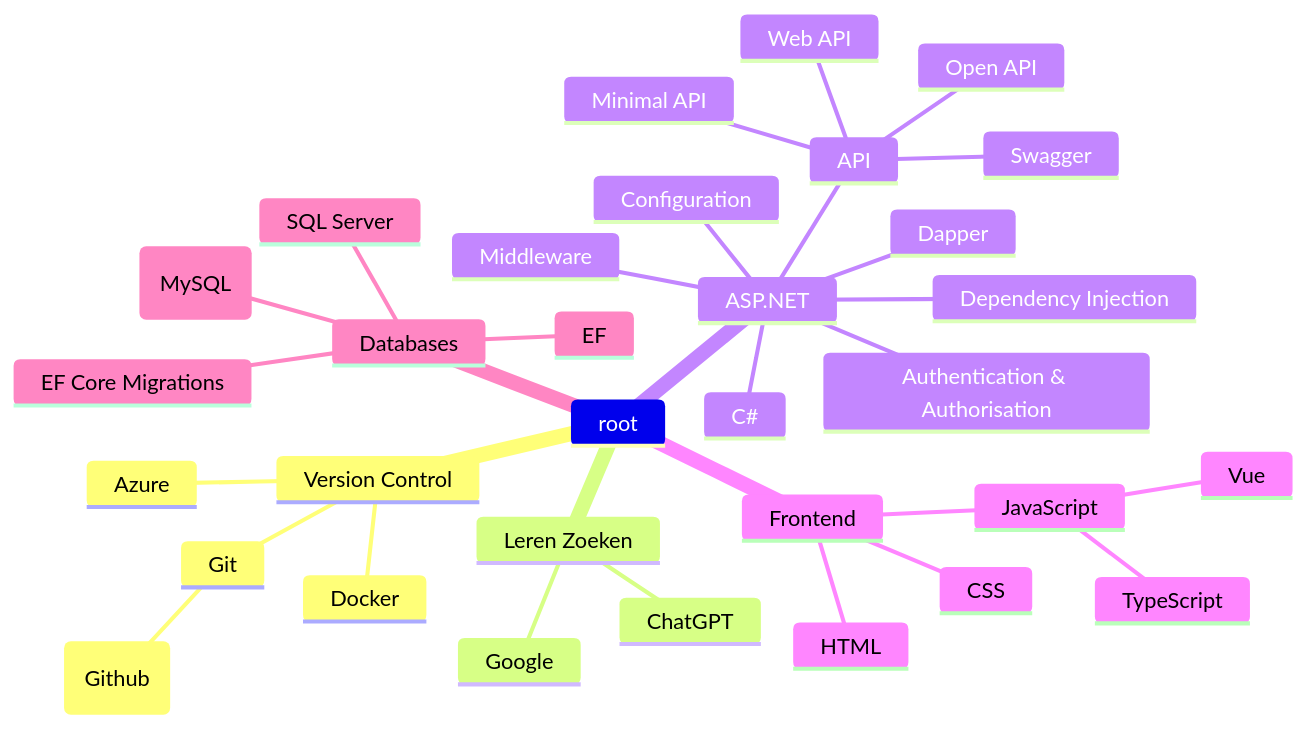
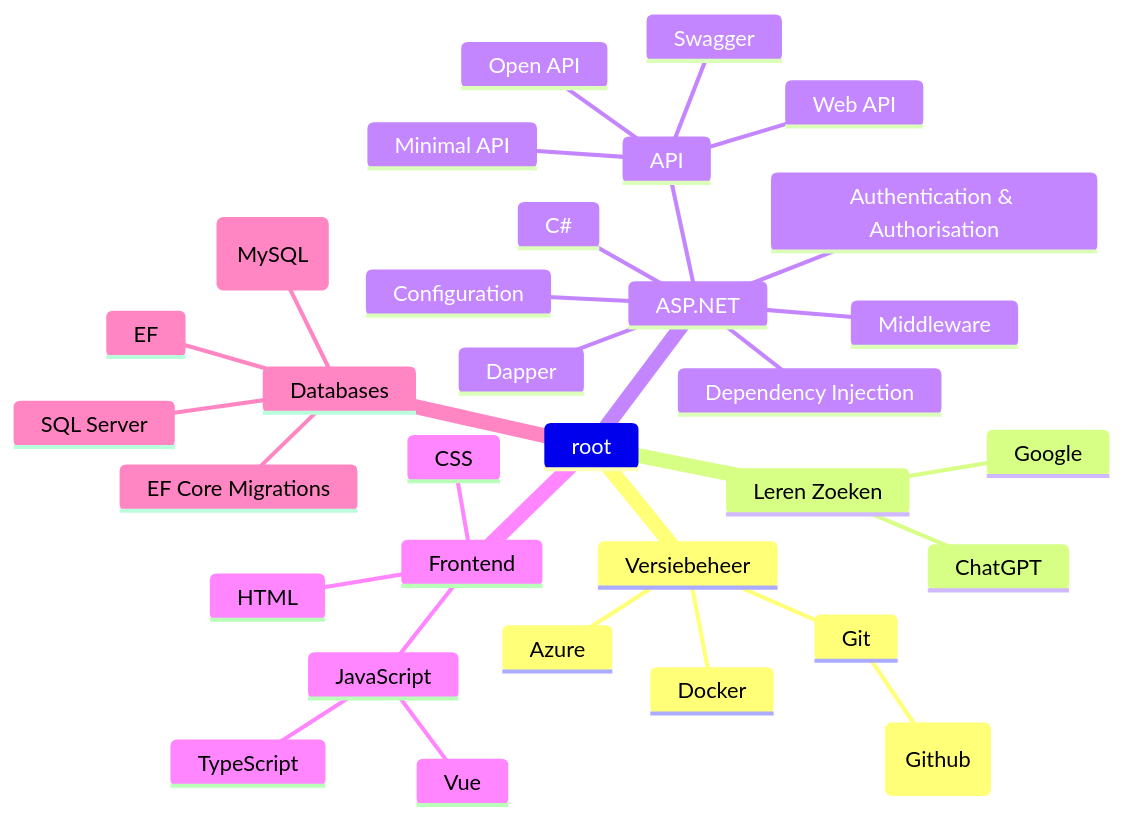
Before and after one commit to Jolntie/POP: the second of 2 diagrams in README.md, drawn with Mermaid. The commit also changed other lines of this file, not shown here.

````diff
--- a/README.md
+++ b/README.md
@@ -11,35 +11,35 @@
 ```mermaid
 mindmap
         root
-                Version Control
+                Versiebeheer
                         Git
                                 (Github)
                         Docker
                         Azure
                 Leren Zoeken
                         ChatGPT
                         Google
                 ASP.NET
                         C#
                         Dapper
                         Middleware
                         Dependency Injection
                         Configuration
                         Authentication & Authorisation
                         API
                                 Web API
                                 Minimal API
                                 Open API
                                 Swagger
                 Frontend
                         HTML
                         CSS
                         JavaScript
                                 Vue
                                 TypeScript
                 Databases
                         SQL Server
                         (MySQL)
                         EF
                         EF Core Migrations
 ```
````
